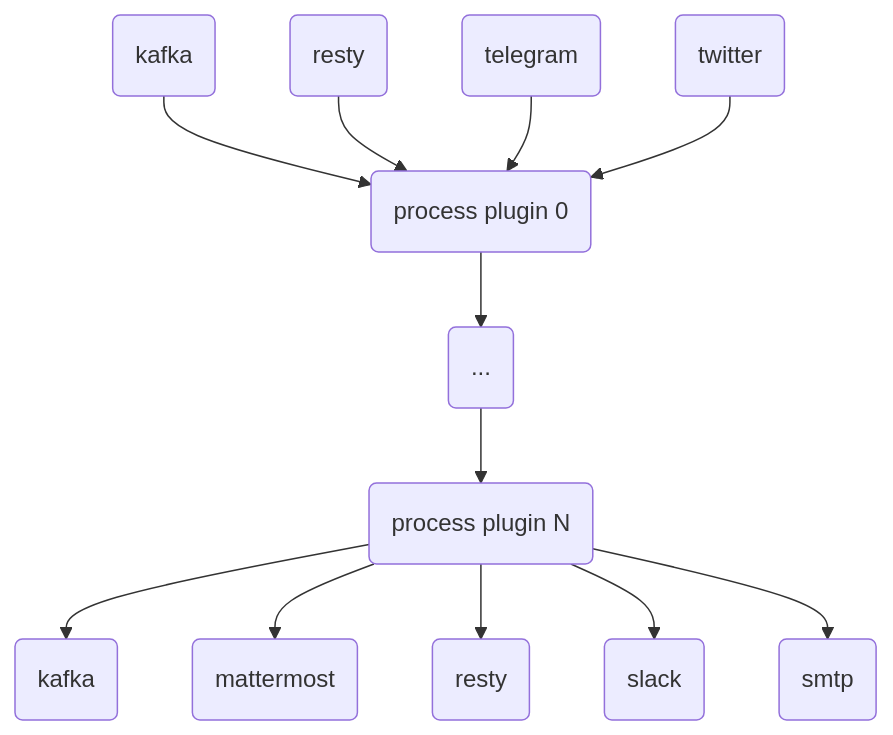
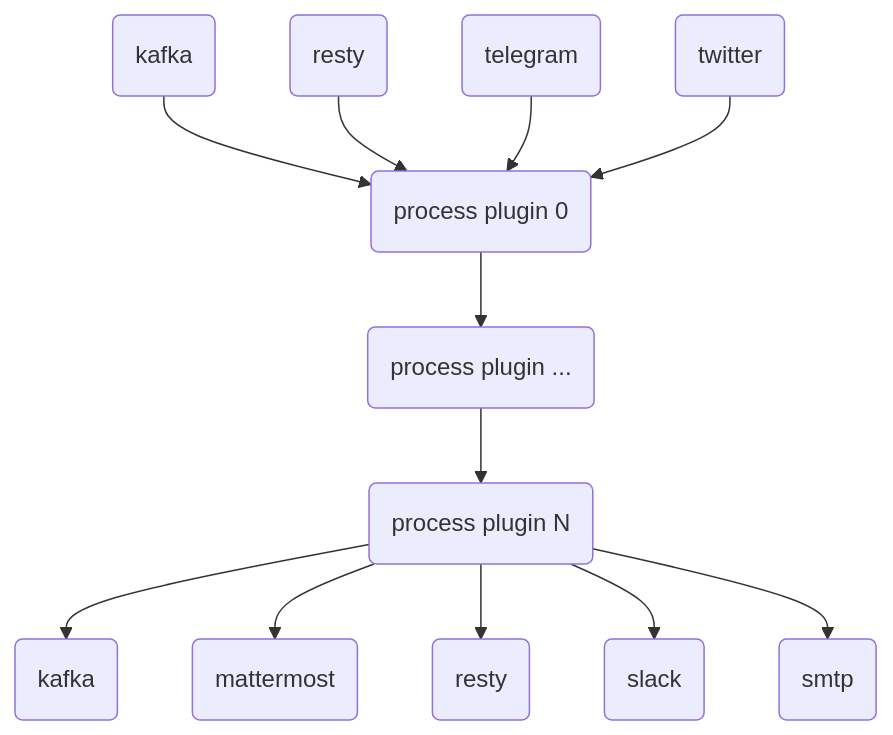
The diagram in README.md (livelace/gosquito), drawn with Mermaid before and after one commit.

Commit message:
mermaid experiment

````diff
--- a/README.md
+++ b/README.md
@@ -9,14 +9,14 @@
 ```mermaid
 graph TD;
     I1(kafka)-->P1(process plugin 0);
     I2(resty)-->P1;
     I3(telegram)-->P1;
     I4(twitter)-->P1;
-    P1-->P2(...);
+    P1-->P2(process plugin ...);
     P2-->P3(process plugin N);
     P3-->O1(kafka);
     P3-->O2(mattermost);
     P3-->O3(resty);
     P3-->O4(slack);
     P3-->O5(smtp);
 ```
````
